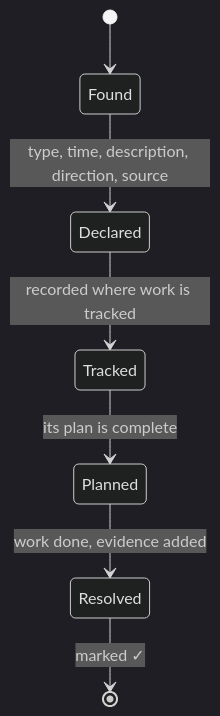
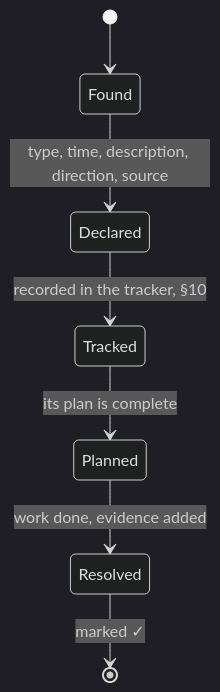
Diagram 13 of 14 in AGENTS.md (SolenixAI/arbiter), drawn with Mermaid (dark theme) before and after one commit. The commit also changed other lines of this file, not shown here.

````diff
--- a/AGENTS.md
+++ b/AGENTS.md
@@ -536,9 +531,9 @@
 ```mermaid
 stateDiagram-v2
   [*] --> Found
   Found --> Declared: type, time, description, direction, source
-  Declared --> Tracked: recorded where work is tracked
+  Declared --> Tracked: recorded in the tracker, §10
   Tracked --> Planned: its plan is complete
   Planned --> Resolved: work done, evidence added
   Resolved --> [*]: marked ✓
 ```
````
